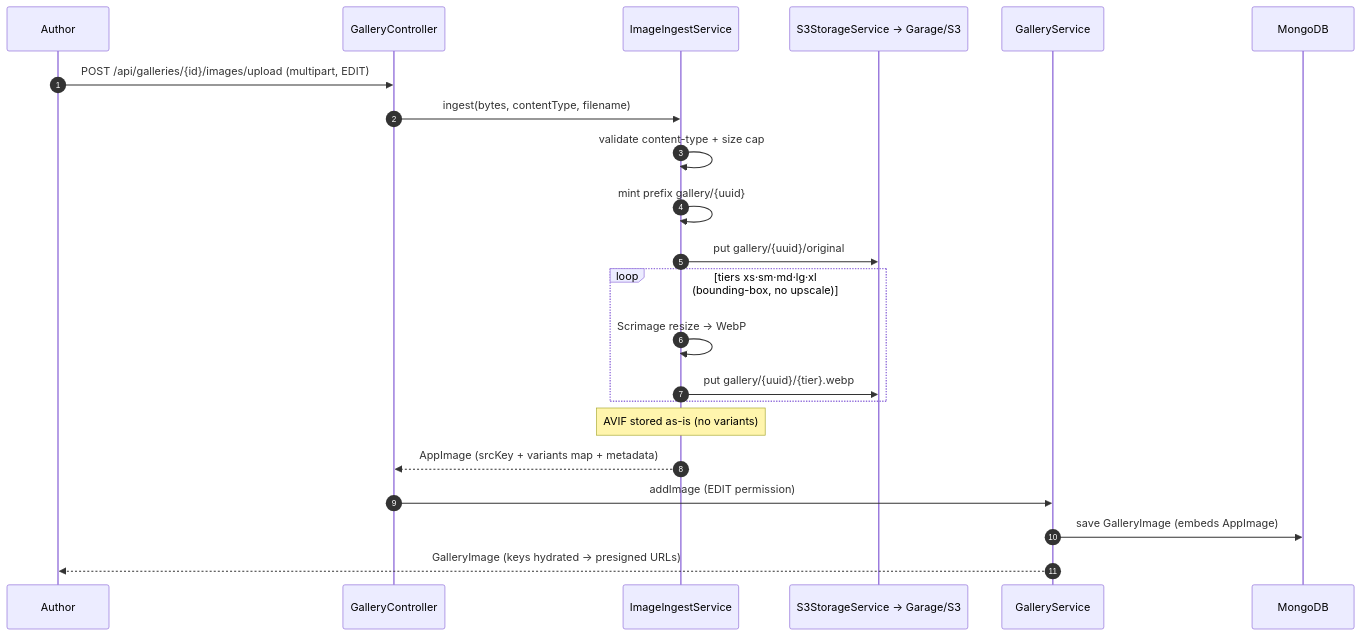
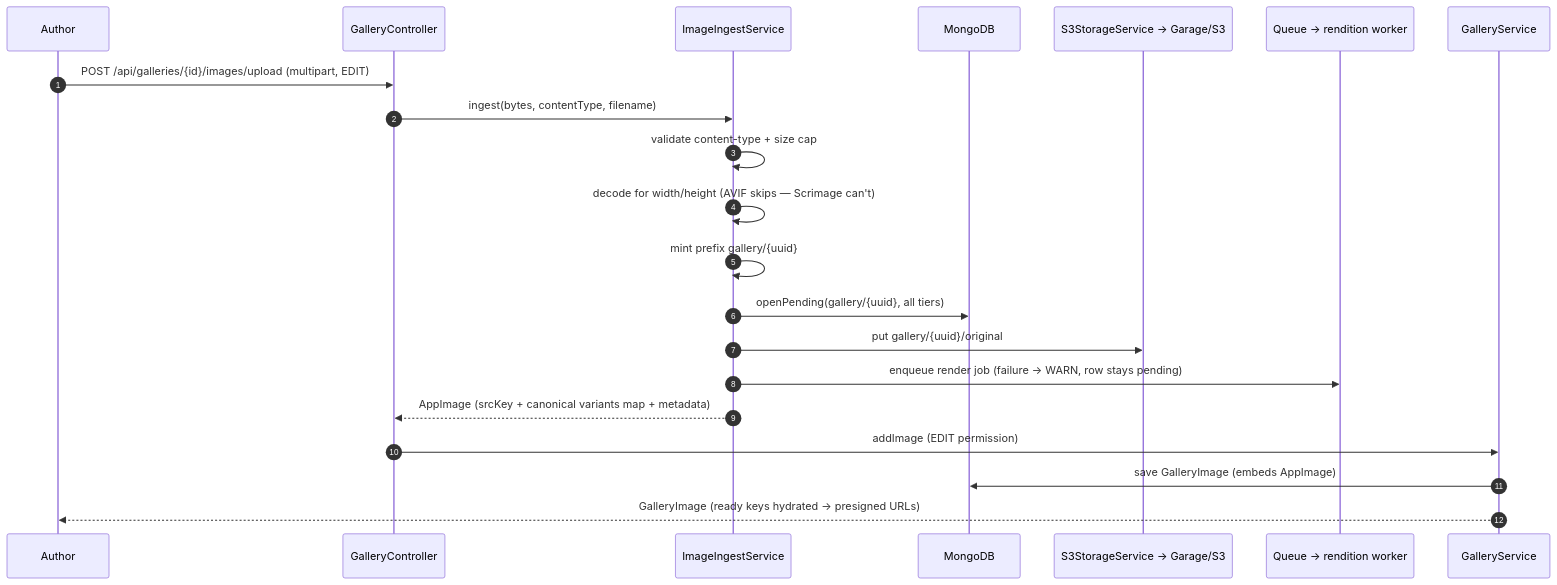
The first of 6 diagrams in z-docs/diagrams/media-gallery.md (Saganaut/ambi), drawn with Mermaid before and after one commit. The commit also changed other lines of this file and 87 other files, not shown here.

````diff
--- a/z-docs/diagrams/media-gallery.md
+++ b/z-docs/diagrams/media-gallery.md
@@ -12,25 +13,24 @@
 ```mermaid
 sequenceDiagram
     autonumber
     participant U as Author
     participant GC as GalleryController
     participant IS as ImageIngestService
+    participant M as MongoDB
     participant S3 as S3StorageService → Garage/S3
+    participant Q as Queue → rendition worker
     participant GS as GalleryService
-    participant M as MongoDB
 
     U->>GC: POST /api/galleries/{id}/images/upload (multipart, EDIT)
     GC->>IS: ingest(bytes, contentType, filename)
     IS->>IS: validate content-type + size cap
+    IS->>IS: decode for width/height (AVIF skips — Scrimage can't)
     IS->>IS: mint prefix gallery/{uuid}
+    IS->>M: openPending(gallery/{uuid}, all tiers)
     IS->>S3: put gallery/{uuid}/original
-    loop tiers xs·sm·md·lg·xl (bounding-box, no upscale)
-        IS->>IS: Scrimage resize → WebP
-        IS->>S3: put gallery/{uuid}/{tier}.webp
-    end
-    Note over IS: AVIF stored as-is (no variants)
-    IS-->>GC: AppImage (srcKey + variants map + metadata)
+    IS->>Q: enqueue render job (failure → WARN, row stays pending)
+    IS-->>GC: AppImage (srcKey + canonical variants map + metadata)
     GC->>GS: addImage (EDIT permission)
     GS->>M: save GalleryImage (embeds AppImage)
-    GS-->>U: GalleryImage (keys hydrated → presigned URLs)
+    GS-->>U: GalleryImage (ready keys hydrated → presigned URLs)
 ```
````
